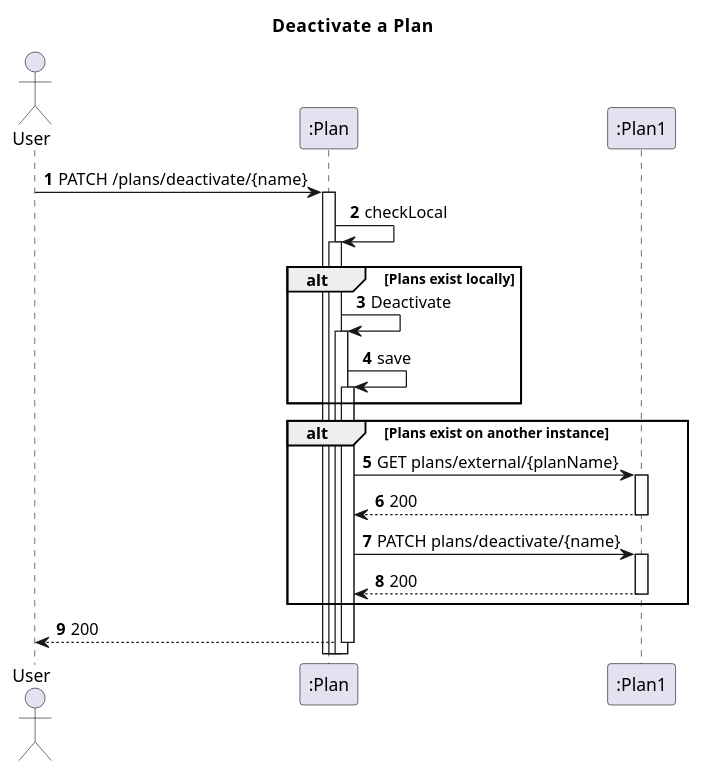
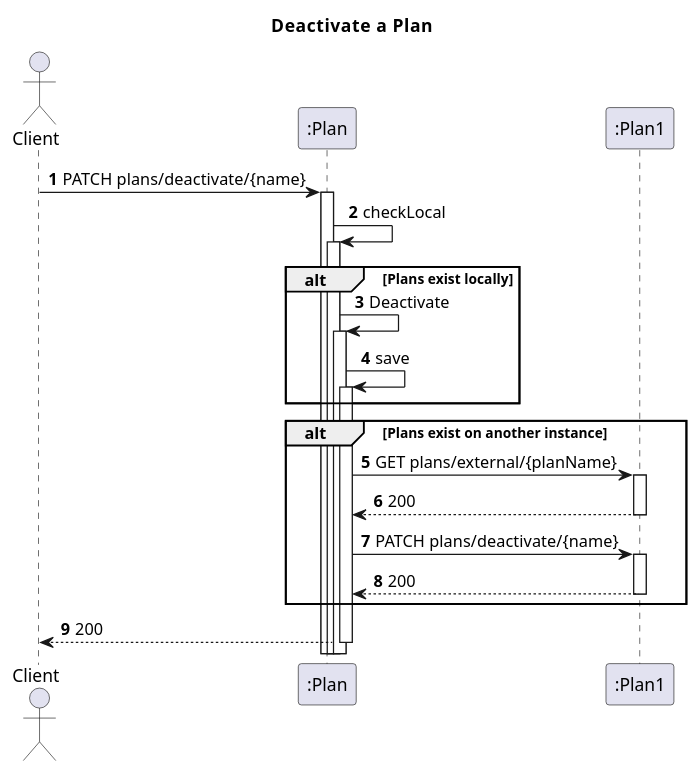
The diagram in docs_sidis/Plans/Vista_Logica/N2/N2_Deactivate_Plan.puml (IsepMartimOliveira/SIDIS), drawn with PlantUML before and after one commit. The commit also changed 7 other files, not shown here.

```diff
--- a/docs_sidis/Plans/Vista_Logica/N2/N2_Deactivate_Plan.puml
+++ b/docs_sidis/Plans/Vista_Logica/N2/N2_Deactivate_Plan.puml
@@ -1,37 +1,37 @@
 @startuml
 'https://plantuml.com/sequence-diagram
 autoactivate on
 autonumber
 title  Deactivate  a  Plan
 
 autonumber
 
-actor "User" as Ac
+actor "Client" as Ac
 participant ":Plan" as Auth
 participant ":Plan1" as Serv
 
 
-Ac->Auth:PATCH /plans/deactivate/{name}
+Ac->Auth:PATCH plans/deactivate/{name}
 Auth->Auth:checkLocal
 
 alt Plans exist locally
 Auth->Auth:Deactivate
 Auth->Auth:save
 end
 alt Plans exist on another instance
 Auth->Serv: GET plans/external/{planName}
 Serv-->Auth:200
 Auth->Serv:PATCH plans/deactivate/{name}
 Serv-->Auth:200
 end
 Auth-->Ac:200
 
 
 
 
 
 
 
 
 
 @enduml
```
